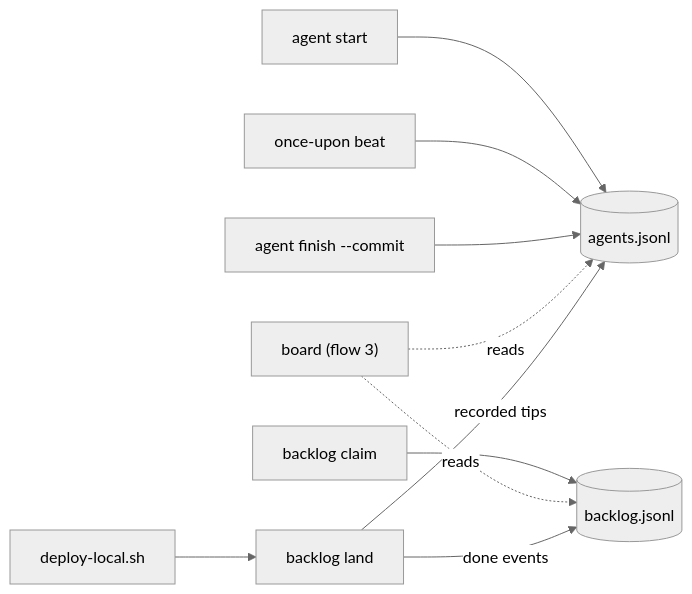
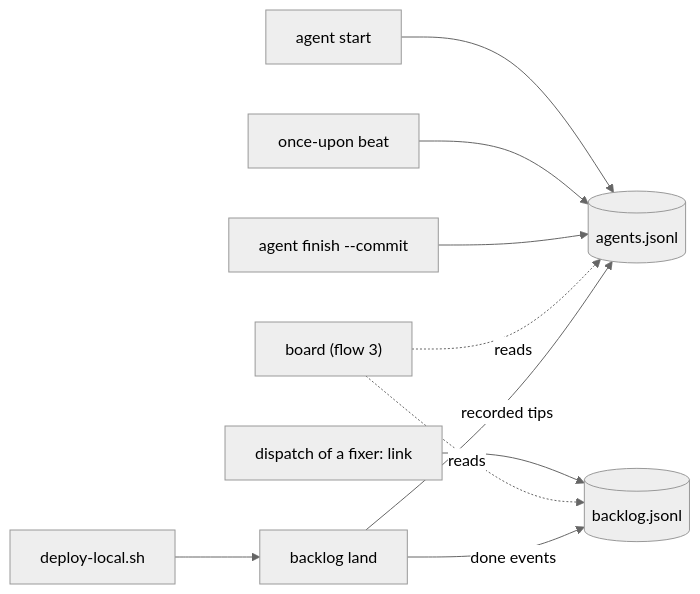
Before and after one commit to shank-eric/once-upon-a-diff: the fifth of 5 diagrams in docs/flows.md, drawn with Mermaid (neutral theme). The commit also changed other lines of this file and 80 other files, not shown here.

````diff
--- a/docs/flows.md
+++ b/docs/flows.md
@@ -253,12 +253,12 @@
 ```mermaid
 flowchart LR
   start["agent start"] --> reg[("agents.jsonl")]
-  claim["backlog claim"] --> bl[("backlog.jsonl")]
+  link["dispatch of a fixer: link"] --> bl[("backlog.jsonl")]
   beats["once-upon beat"] --> reg
   finish["agent finish --commit"] --> reg
   board["board (flow 3)"] -.->|reads| reg
   board -.->|reads| bl
   deploy["deploy-local.sh"] --> land["backlog land"]
   land -->|recorded tips| reg
   land -->|done events| bl
 ```
````
